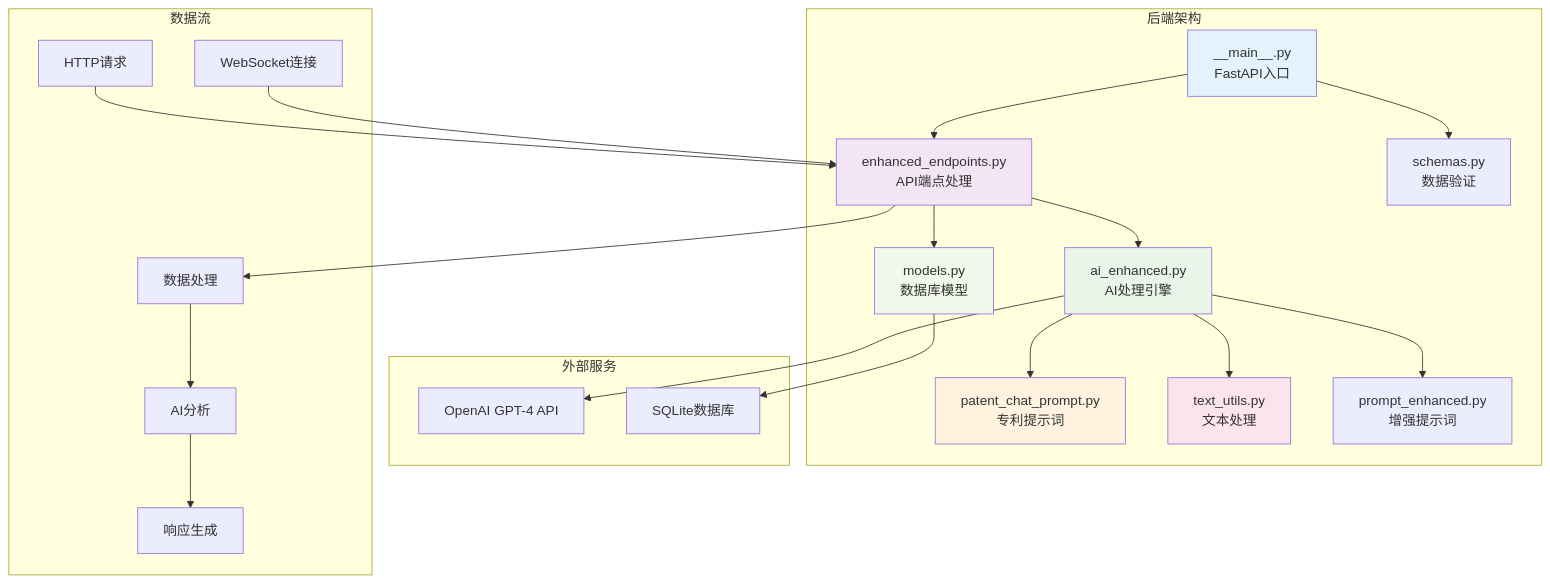
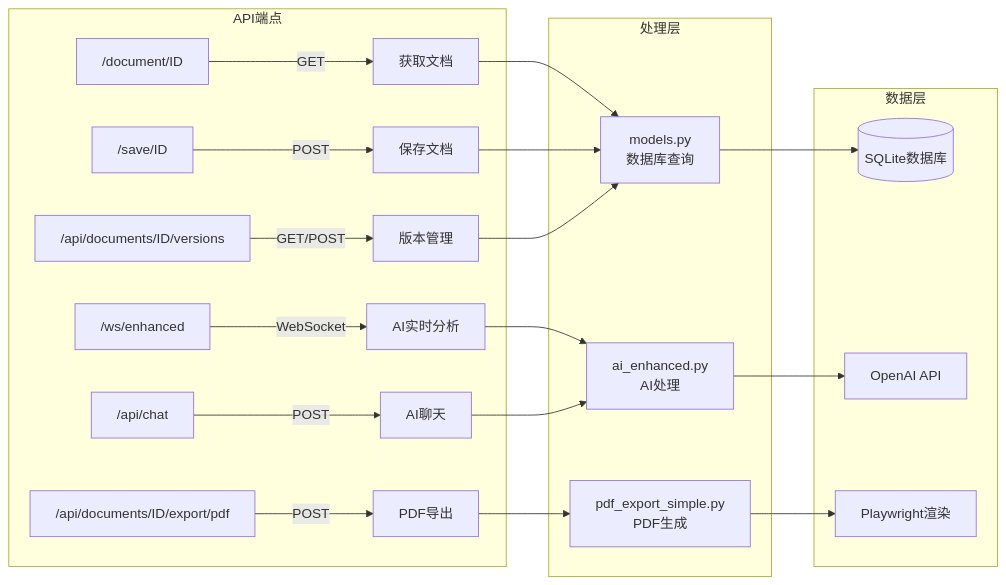
The third of 5 diagrams in SYSTEM_ARCHITECTURE.md (kailliang/Document-Intelligence), drawn with Mermaid before and after one commit. The commit also changed other lines of this file and 20 other files, not shown here.

First line of the commit message:
Add comprehensive AI analysis flow documentation and improve CLAUDE.md

````diff
--- a/SYSTEM_ARCHITECTURE.md
+++ b/SYSTEM_ARCHITECTURE.md
@@ -925,39 +171,26 @@
 ```mermaid
-graph TB
-    subgraph "后端架构"
-        A[__main__.py<br/>FastAPI入口] --> B[enhanced_endpoints.py<br/>API端点处理]
-        
-        B --> C[ai_enhanced.py<br/>AI处理引擎]
-        C --> D[patent_chat_prompt.py<br/>专利提示词]
-        C --> E[text_utils.py<br/>文本处理]
-        
-        B --> F[models.py<br/>数据库模型]
-        
-        A --> G[schemas.py<br/>数据验证]
-        
-        C --> H[prompt_enhanced.py<br/>增强提示词]
-        
-        style A fill:#e3f2fd
-        style B fill:#f3e5f5
-        style C fill:#e8f5e8
-        style D fill:#fff3e0
-        style E fill:#fce4ec
-        style F fill:#f1f8e9
+graph LR
+    subgraph "API端点"
+        A["/document/ID"] -->|GET| B[获取文档]
+        C["/save/ID"] -->|POST| D[保存文档]
+        E["/api/documents/ID/versions"] -->|GET/POST| F[版本管理]
+        G["/ws/enhanced"] -->|WebSocket| H[AI实时分析]
+        I["/api/chat"] -->|POST| J[AI聊天]
+        K["/api/documents/ID/export/pdf"] -->|POST| L[PDF导出]
     end
     
-    subgraph "外部服务"
-        I[OpenAI GPT-4 API]
-        J[SQLite数据库]
+    subgraph "处理层"
+        B --> M[models.py<br/>数据库查询]
+        D --> M
+        F --> M
+        H --> N[ai_enhanced.py<br/>AI处理]
+        J --> N
+        L --> O[pdf_export_simple.py<br/>PDF生成]
     end
     
-    subgraph "数据流"
-        K[HTTP请求] --> B
-        L[WebSocket连接] --> B
-        B --> M[数据处理]
-        M --> N[AI分析]
-        N --> O[响应生成]
+    subgraph "数据层"
+        M --> P[(SQLite数据库)]
+        N --> Q[OpenAI API]
+        O --> R[Playwright渲染]
     end
-    
-    C --> I
-    F --> J
 ```
````
